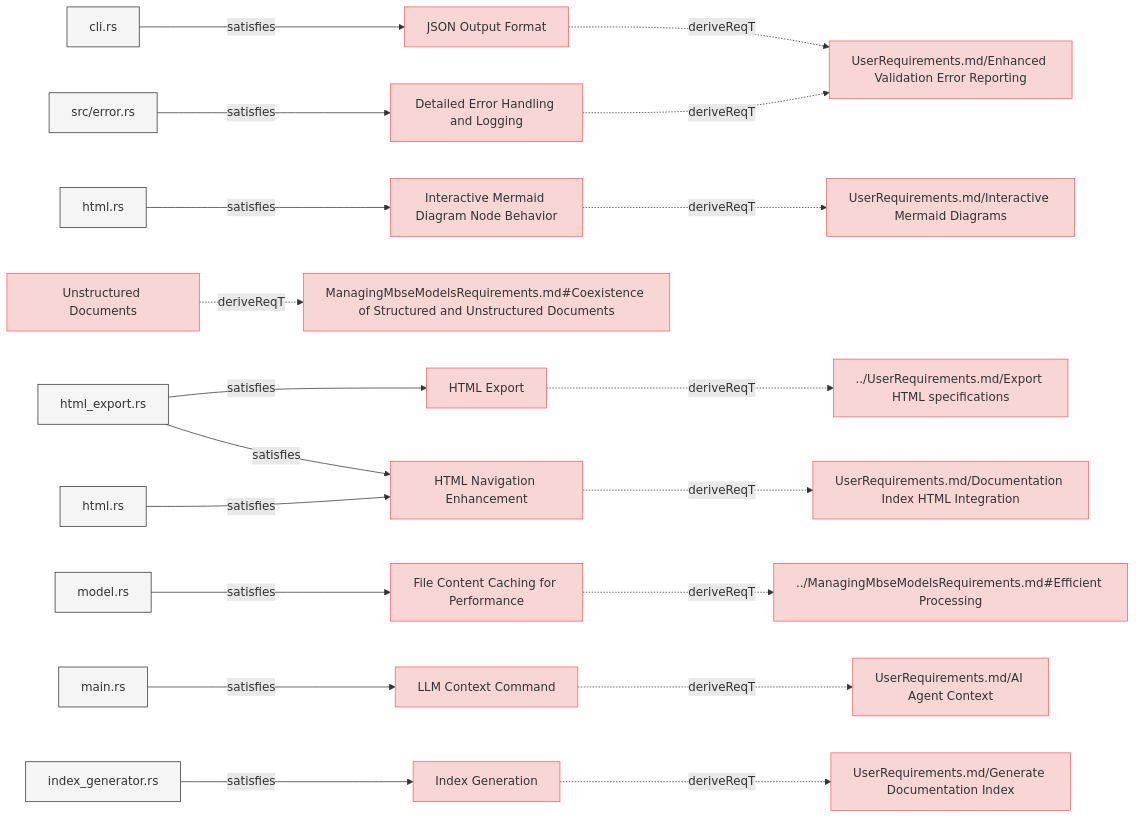
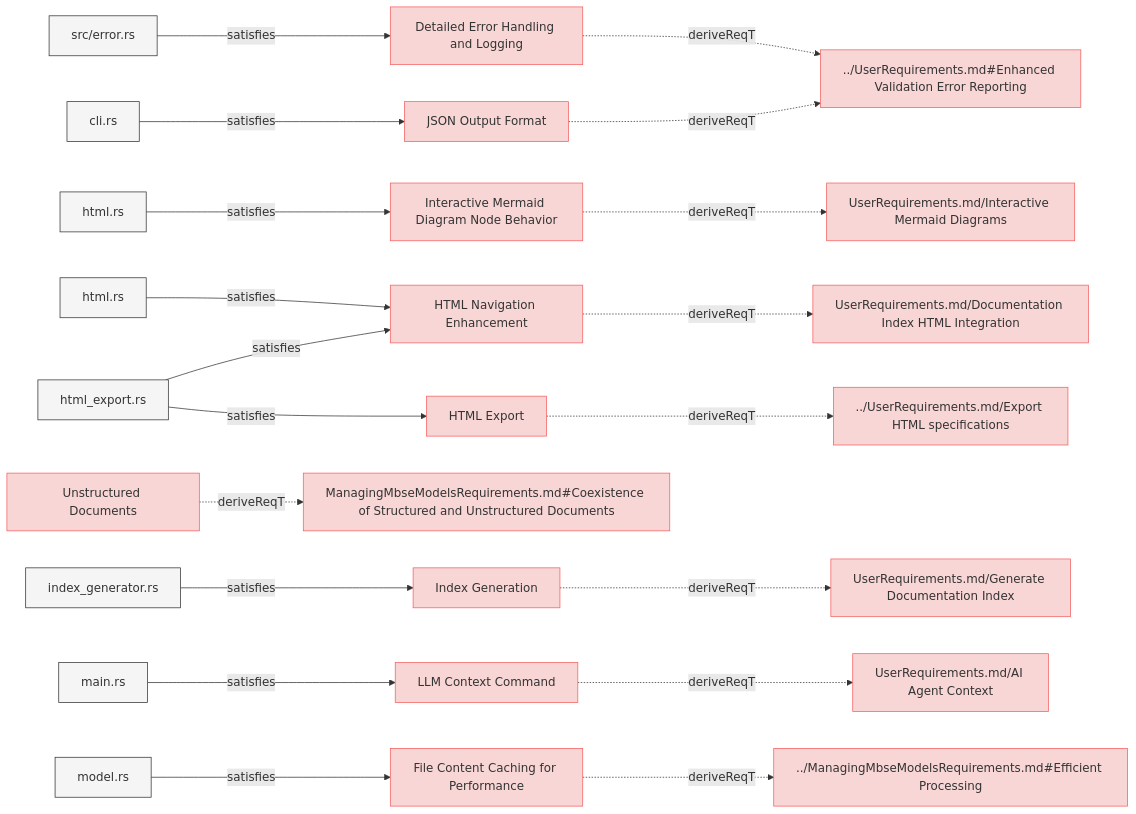
Before and after one commit to reqvire-org/reqvire: the third of 8 diagrams in specifications/SystemRequirements/Requirements.md, drawn with Mermaid. The commit also changed other lines of this file and 15 other files, not shown here.

Commit message:
Linted and new diagrams generated.

````diff
--- a/specifications/SystemRequirements/Requirements.md
+++ b/specifications/SystemRequirements/Requirements.md
@@ -236,97 +236,97 @@
   classDef externalLink fill:#d0e0ff,stroke:#3080ff,stroke-width:1px;
   classDef default fill:#f5f5f5,stroke:#333333,stroke-width:1px;
 
+  d72f6096b9a5dd8e["Detailed Error Handling and Logging"];
+  click d72f6096b9a5dd8e "https://github.com/Reqvire/reqvire/blob/b8c43d2689b933838bf1838d8a4cdf3393c9014f/specifications/SystemRequirements/Requirements.md#detailed-error-handling-and-logging";
+  class d72f6096b9a5dd8e requirement;
+  3d2fe0b05ff9c8e3["../UserRequirements.md#Enhanced Validation Error Reporting"];
+  class 3d2fe0b05ff9c8e3 requirement;
+  click 3d2fe0b05ff9c8e3 "https://github.com/Reqvire/reqvire/blob/b8c43d2689b933838bf1838d8a4cdf3393c9014f/specifications/UserRequirements.md#enhanced-validation-error-reporting";
+  d72f6096b9a5dd8e -.->|deriveReqT| 3d2fe0b05ff9c8e3;
+  af1374ae222fbd72["src/error.rs"];
+  class af1374ae222fbd72 default;
+  click af1374ae222fbd72 "https://github.com/Reqvire/reqvire/blob/b8c43d2689b933838bf1838d8a4cdf3393c9014f/core/src/error.rs";
+  af1374ae222fbd72 -->|satisfies| d72f6096b9a5dd8e;
+  a17b8052345712d7["Interactive Mermaid Diagram Node Behavior"];
+  click a17b8052345712d7 "https://github.com/Reqvire/reqvire/blob/b8c43d2689b933838bf1838d8a4cdf3393c9014f/specifications/SystemRequirements/Requirements.md#interactive-mermaid-diagram-node-behavior";
+  class a17b8052345712d7 requirement;
+  b8997351b6f34048["UserRequirements.md/Interactive Mermaid Diagrams"];
+  class b8997351b6f34048 requirement;
+  click b8997351b6f34048 "https://github.com/Reqvire/reqvire/blob/b8c43d2689b933838bf1838d8a4cdf3393c9014f/specifications/UserRequirements.md#interactive-mermaid-diagrams";
+  a17b8052345712d7 -.->|deriveReqT| b8997351b6f34048;
+  95f7dce6aff47396["html.rs"];
+  class 95f7dce6aff47396 default;
+  click 95f7dce6aff47396 "https://github.com/Reqvire/reqvire/blob/b8c43d2689b933838bf1838d8a4cdf3393c9014f/core/src/diagrams.rs";
+  95f7dce6aff47396 -->|satisfies| a17b8052345712d7;
+  1550bb73b8029cb["HTML Navigation Enhancement"];
+  click 1550bb73b8029cb "https://github.com/Reqvire/reqvire/blob/b8c43d2689b933838bf1838d8a4cdf3393c9014f/specifications/SystemRequirements/Requirements.md#html-navigation-enhancement";
+  class 1550bb73b8029cb requirement;
+  b5146db7aedfd66["UserRequirements.md/Documentation Index HTML Integration"];
+  class b5146db7aedfd66 requirement;
+  click b5146db7aedfd66 "https://github.com/Reqvire/reqvire/blob/b8c43d2689b933838bf1838d8a4cdf3393c9014f/specifications/UserRequirements.md#documentation-index-html-integration";
+  1550bb73b8029cb -.->|deriveReqT| b5146db7aedfd66;
+  59e3b5b3087497da["html.rs"];
+  class 59e3b5b3087497da default;
+  click 59e3b5b3087497da "https://github.com/Reqvire/reqvire/blob/b8c43d2689b933838bf1838d8a4cdf3393c9014f/core/src/html.rs";
+  59e3b5b3087497da -->|satisfies| 1550bb73b8029cb;
+  5dbf1a3141d3defb["html_export.rs"];
+  class 5dbf1a3141d3defb default;
+  click 5dbf1a3141d3defb "https://github.com/Reqvire/reqvire/blob/b8c43d2689b933838bf1838d8a4cdf3393c9014f/core/src/html_export.rs";
+  5dbf1a3141d3defb -->|satisfies| 1550bb73b8029cb;
+  3b4bfa0725509a0e["Index Generation"];
+  click 3b4bfa0725509a0e "https://github.com/Reqvire/reqvire/blob/b8c43d2689b933838bf1838d8a4cdf3393c9014f/specifications/SystemRequirements/Requirements.md#index-generation";
+  class 3b4bfa0725509a0e requirement;
+  9019be8bfdc22b35["UserRequirements.md/Generate Documentation Index"];
+  class 9019be8bfdc22b35 requirement;
+  click 9019be8bfdc22b35 "https://github.com/Reqvire/reqvire/blob/b8c43d2689b933838bf1838d8a4cdf3393c9014f/specifications/UserRequirements.md#generate-documentation-index";
+  3b4bfa0725509a0e -.->|deriveReqT| 9019be8bfdc22b35;
+  3461f4a59371fd45["index_generator.rs"];
+  class 3461f4a59371fd45 default;
+  click 3461f4a59371fd45 "https://github.com/Reqvire/reqvire/blob/b8c43d2689b933838bf1838d8a4cdf3393c9014f/core/src/index_generator.rs";
+  3461f4a59371fd45 -->|satisfies| 3b4bfa0725509a0e;
+  d177913fffd1ed11["LLM Context Command"];
+  click d177913fffd1ed11 "https://github.com/Reqvire/reqvire/blob/b8c43d2689b933838bf1838d8a4cdf3393c9014f/specifications/SystemRequirements/Requirements.md#llm-context-command";
+  class d177913fffd1ed11 requirement;
+  7fd9156eac77c270["UserRequirements.md/AI Agent Context"];
+  class 7fd9156eac77c270 requirement;
+  click 7fd9156eac77c270 "https://github.com/Reqvire/reqvire/blob/b8c43d2689b933838bf1838d8a4cdf3393c9014f/specifications/UserRequirements.md#ai-agent-context";
+  d177913fffd1ed11 -.->|deriveReqT| 7fd9156eac77c270;
+  615a0f4ad2620118["main.rs"];
+  class 615a0f4ad2620118 default;
+  click 615a0f4ad2620118 "https://github.com/Reqvire/reqvire/blob/b8c43d2689b933838bf1838d8a4cdf3393c9014f/cli/src/main.rs";
+  615a0f4ad2620118 -->|satisfies| d177913fffd1ed11;
+  3f1abb8fd2d7c9c2["Unstructured Documents"];
+  click 3f1abb8fd2d7c9c2 "https://github.com/Reqvire/reqvire/blob/b8c43d2689b933838bf1838d8a4cdf3393c9014f/specifications/SystemRequirements/Requirements.md#unstructured-documents";
+  class 3f1abb8fd2d7c9c2 requirement;
+  da5831ca85881025["ManagingMbseModelsRequirements.md#Coexistence of Structured and Unstructured Documents"];
+  class da5831ca85881025 requirement;
+  click da5831ca85881025 "https://github.com/Reqvire/reqvire/blob/b8c43d2689b933838bf1838d8a4cdf3393c9014f/specifications/ManagingMbseModelsRequirements.md#coexistence-of-structured-and-unstructured-documents";
+  3f1abb8fd2d7c9c2 -.->|deriveReqT| da5831ca85881025;
+  a2b1d4ec64cbd441["HTML Export"];
+  click a2b1d4ec64cbd441 "https://github.com/Reqvire/reqvire/blob/b8c43d2689b933838bf1838d8a4cdf3393c9014f/specifications/SystemRequirements/Requirements.md#html-export";
+  class a2b1d4ec64cbd441 requirement;
+  d9686a154fe87b2["../UserRequirements.md/Export HTML specifications"];
+  class d9686a154fe87b2 requirement;
+  click d9686a154fe87b2 "https://github.com/Reqvire/reqvire/blob/b8c43d2689b933838bf1838d8a4cdf3393c9014f/specifications/UserRequirements.md#export-html-specifications";
+  a2b1d4ec64cbd441 -.->|deriveReqT| d9686a154fe87b2;
+  5dbf1a3141d3defb -->|satisfies| a2b1d4ec64cbd441;
+  ea45d7ea45c8ee7e["File Content Caching for Performance"];
+  click ea45d7ea45c8ee7e "https://github.com/Reqvire/reqvire/blob/b8c43d2689b933838bf1838d8a4cdf3393c9014f/specifications/SystemRequirements/Requirements.md#file-content-caching-for-performance";
+  class ea45d7ea45c8ee7e requirement;
+  386d7b145d008870["../ManagingMbseModelsRequirements.md#Efficient Processing"];
+  class 386d7b145d008870 requirement;
+  click 386d7b145d008870 "https://github.com/Reqvire/reqvire/blob/b8c43d2689b933838bf1838d8a4cdf3393c9014f/specifications/ManagingMbseModelsRequirements.md#efficient-processing";
+  ea45d7ea45c8ee7e -.->|deriveReqT| 386d7b145d008870;
+  36fd2b1e82621caf["model.rs"];
+  class 36fd2b1e82621caf default;
+  click 36fd2b1e82621caf "https://github.com/Reqvire/reqvire/blob/b8c43d2689b933838bf1838d8a4cdf3393c9014f/core/src/model.rs";
+  36fd2b1e82621caf -->|satisfies| ea45d7ea45c8ee7e;
   bf6c9ff8abbc637b["JSON Output Format"];
-  click bf6c9ff8abbc637b "https://github.com/Reqvire/reqvire/blob/f18e52f9f88c64f67a79abc4e93eb74b3ec22615/specifications/SystemRequirements/Requirements.md#json-output-format";
+  click bf6c9ff8abbc637b "https://github.com/Reqvire/reqvire/blob/b8c43d2689b933838bf1838d8a4cdf3393c9014f/specifications/SystemRequirements/Requirements.md#json-output-format";
   class bf6c9ff8abbc637b requirement;
-  3d2fe0b05ff9c8e3["UserRequirements.md/Enhanced Validation Error Reporting"];
-  class 3d2fe0b05ff9c8e3 requirement;
-  click 3d2fe0b05ff9c8e3 "https://github.com/Reqvire/reqvire/blob/f18e52f9f88c64f67a79abc4e93eb74b3ec22615/specifications/UserRequirements.md#enhanced-validation-error-reporting";
   bf6c9ff8abbc637b -.->|deriveReqT| 3d2fe0b05ff9c8e3;
   2f21d2133dbfd205["cli.rs"];
   class 2f21d2133dbfd205 default;
-  click 2f21d2133dbfd205 "https://github.com/Reqvire/reqvire/blob/f18e52f9f88c64f67a79abc4e93eb74b3ec22615/cli/src/cli.rs";
+  click 2f21d2133dbfd205 "https://github.com/Reqvire/reqvire/blob/b8c43d2689b933838bf1838d8a4cdf3393c9014f/cli/src/cli.rs";
   2f21d2133dbfd205 -->|satisfies| bf6c9ff8abbc637b;
-  a17b8052345712d7["Interactive Mermaid Diagram Node Behavior"];
-  click a17b8052345712d7 "https://github.com/Reqvire/reqvire/blob/f18e52f9f88c64f67a79abc4e93eb74b3ec22615/specifications/SystemRequirements/Requirements.md#interactive-mermaid-diagram-node-behavior";
-  class a17b8052345712d7 requirement;
-  b8997351b6f34048["UserRequirements.md/Interactive Mermaid Diagrams"];
-  class b8997351b6f34048 requirement;
-  click b8997351b6f34048 "https://github.com/Reqvire/reqvire/blob/f18e52f9f88c64f67a79abc4e93eb74b3ec22615/specifications/UserRequirements.md#interactive-mermaid-diagrams";
-  a17b8052345712d7 -.->|deriveReqT| b8997351b6f34048;
-  95f7dce6aff47396["html.rs"];
-  class 95f7dce6aff47396 default;
-  click 95f7dce6aff47396 "https://github.com/Reqvire/reqvire/blob/f18e52f9f88c64f67a79abc4e93eb74b3ec22615/core/src/diagrams.rs";
-  95f7dce6aff47396 -->|satisfies| a17b8052345712d7;
-  a2b1d4ec64cbd441["HTML Export"];
-  click a2b1d4ec64cbd441 "https://github.com/Reqvire/reqvire/blob/f18e52f9f88c64f67a79abc4e93eb74b3ec22615/specifications/SystemRequirements/Requirements.md#html-export";
-  class a2b1d4ec64cbd441 requirement;
-  d9686a154fe87b2["../UserRequirements.md/Export HTML specifications"];
-  class d9686a154fe87b2 requirement;
-  click d9686a154fe87b2 "https://github.com/Reqvire/reqvire/blob/f18e52f9f88c64f67a79abc4e93eb74b3ec22615/specifications/UserRequirements.md#export-html-specifications";
-  a2b1d4ec64cbd441 -.->|deriveReqT| d9686a154fe87b2;
-  5dbf1a3141d3defb["html_export.rs"];
-  class 5dbf1a3141d3defb default;
-  click 5dbf1a3141d3defb "https://github.com/Reqvire/reqvire/blob/f18e52f9f88c64f67a79abc4e93eb74b3ec22615/core/src/html_export.rs";
-  5dbf1a3141d3defb -->|satisfies| a2b1d4ec64cbd441;
-  ea45d7ea45c8ee7e["File Content Caching for Performance"];
-  click ea45d7ea45c8ee7e "https://github.com/Reqvire/reqvire/blob/f18e52f9f88c64f67a79abc4e93eb74b3ec22615/specifications/SystemRequirements/Requirements.md#file-content-caching-for-performance";
-  class ea45d7ea45c8ee7e requirement;
-  386d7b145d008870["../ManagingMbseModelsRequirements.md#Efficient Processing"];
-  class 386d7b145d008870 requirement;
-  click 386d7b145d008870 "https://github.com/Reqvire/reqvire/blob/f18e52f9f88c64f67a79abc4e93eb74b3ec22615/specifications/ManagingMbseModelsRequirements.md#efficient-processing";
-  ea45d7ea45c8ee7e -.->|deriveReqT| 386d7b145d008870;
-  36fd2b1e82621caf["model.rs"];
-  class 36fd2b1e82621caf default;
-  click 36fd2b1e82621caf "https://github.com/Reqvire/reqvire/blob/f18e52f9f88c64f67a79abc4e93eb74b3ec22615/core/src/model.rs";
-  36fd2b1e82621caf -->|satisfies| ea45d7ea45c8ee7e;
-  3f1abb8fd2d7c9c2["Unstructured Documents"];
-  click 3f1abb8fd2d7c9c2 "https://github.com/Reqvire/reqvire/blob/f18e52f9f88c64f67a79abc4e93eb74b3ec22615/specifications/SystemRequirements/Requirements.md#unstructured-documents";
-  class 3f1abb8fd2d7c9c2 requirement;
-  da5831ca85881025["ManagingMbseModelsRequirements.md#Coexistence of Structured and Unstructured Documents"];
-  class da5831ca85881025 requirement;
-  click da5831ca85881025 "https://github.com/Reqvire/reqvire/blob/f18e52f9f88c64f67a79abc4e93eb74b3ec22615/specifications/ManagingMbseModelsRequirements.md#coexistence-of-structured-and-unstructured-documents";
-  3f1abb8fd2d7c9c2 -.->|deriveReqT| da5831ca85881025;
-  d177913fffd1ed11["LLM Context Command"];
-  click d177913fffd1ed11 "https://github.com/Reqvire/reqvire/blob/f18e52f9f88c64f67a79abc4e93eb74b3ec22615/specifications/SystemRequirements/Requirements.md#llm-context-command";
-  class d177913fffd1ed11 requirement;
-  7fd9156eac77c270["UserRequirements.md/AI Agent Context"];
-  class 7fd9156eac77c270 requirement;
-  click 7fd9156eac77c270 "https://github.com/Reqvire/reqvire/blob/f18e52f9f88c64f67a79abc4e93eb74b3ec22615/specifications/UserRequirements.md#ai-agent-context";
-  d177913fffd1ed11 -.->|deriveReqT| 7fd9156eac77c270;
-  615a0f4ad2620118["main.rs"];
-  class 615a0f4ad2620118 default;
-  click 615a0f4ad2620118 "https://github.com/Reqvire/reqvire/blob/f18e52f9f88c64f67a79abc4e93eb74b3ec22615/cli/src/main.rs";
-  615a0f4ad2620118 -->|satisfies| d177913fffd1ed11;
-  d72f6096b9a5dd8e["Detailed Error Handling and Logging"];
-  click d72f6096b9a5dd8e "https://github.com/Reqvire/reqvire/blob/f18e52f9f88c64f67a79abc4e93eb74b3ec22615/specifications/SystemRequirements/Requirements.md#detailed-error-handling-and-logging";
-  class d72f6096b9a5dd8e requirement;
-  d72f6096b9a5dd8e -.->|deriveReqT| 3d2fe0b05ff9c8e3;
-  af1374ae222fbd72["src/error.rs"];
-  class af1374ae222fbd72 default;
-  click af1374ae222fbd72 "https://github.com/Reqvire/reqvire/blob/f18e52f9f88c64f67a79abc4e93eb74b3ec22615/core/src/error.rs";
-  af1374ae222fbd72 -->|satisfies| d72f6096b9a5dd8e;
-  3b4bfa0725509a0e["Index Generation"];
-  click 3b4bfa0725509a0e "https://github.com/Reqvire/reqvire/blob/f18e52f9f88c64f67a79abc4e93eb74b3ec22615/specifications/SystemRequirements/Requirements.md#index-generation";
-  class 3b4bfa0725509a0e requirement;
-  9019be8bfdc22b35["UserRequirements.md/Generate Documentation Index"];
-  class 9019be8bfdc22b35 requirement;
-  click 9019be8bfdc22b35 "https://github.com/Reqvire/reqvire/blob/f18e52f9f88c64f67a79abc4e93eb74b3ec22615/specifications/UserRequirements.md#generate-documentation-index";
-  3b4bfa0725509a0e -.->|deriveReqT| 9019be8bfdc22b35;
-  3461f4a59371fd45["index_generator.rs"];
-  class 3461f4a59371fd45 default;
-  click 3461f4a59371fd45 "https://github.com/Reqvire/reqvire/blob/f18e52f9f88c64f67a79abc4e93eb74b3ec22615/core/src/index_generator.rs";
-  3461f4a59371fd45 -->|satisfies| 3b4bfa0725509a0e;
-  1550bb73b8029cb["HTML Navigation Enhancement"];
-  click 1550bb73b8029cb "https://github.com/Reqvire/reqvire/blob/f18e52f9f88c64f67a79abc4e93eb74b3ec22615/specifications/SystemRequirements/Requirements.md#html-navigation-enhancement";
-  class 1550bb73b8029cb requirement;
-  b5146db7aedfd66["UserRequirements.md/Documentation Index HTML Integration"];
-  class b5146db7aedfd66 requirement;
-  click b5146db7aedfd66 "https://github.com/Reqvire/reqvire/blob/f18e52f9f88c64f67a79abc4e93eb74b3ec22615/specifications/UserRequirements.md#documentation-index-html-integration";
-  1550bb73b8029cb -.->|deriveReqT| b5146db7aedfd66;
-  59e3b5b3087497da["html.rs"];
-  class 59e3b5b3087497da default;
-  click 59e3b5b3087497da "https://github.com/Reqvire/reqvire/blob/f18e52f9f88c64f67a79abc4e93eb74b3ec22615/core/src/html.rs";
-  59e3b5b3087497da -->|satisfies| 1550bb73b8029cb;
-  5dbf1a3141d3defb -->|satisfies| 1550bb73b8029cb;
 ```
````
